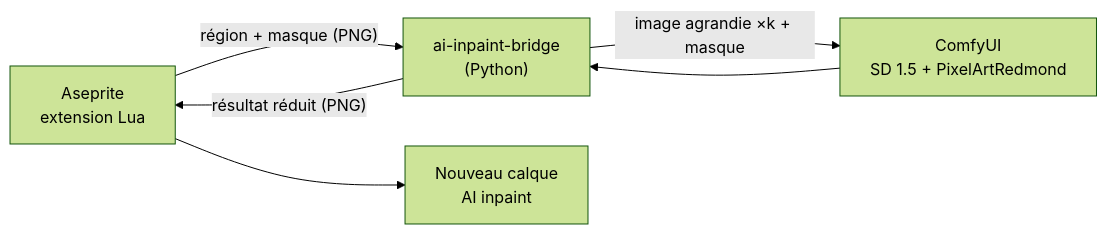
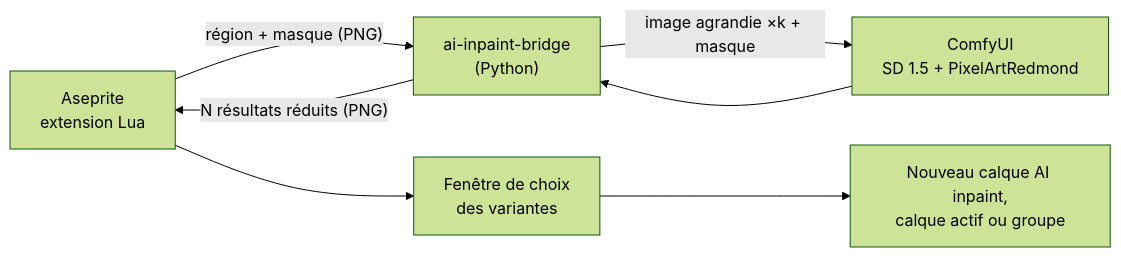
Before and after one commit to Sarcouy/aseprite-ai-plugin: the diagram in README.md, drawn with Mermaid (forest theme). The commit also changed other lines of this file and 9 other files, not shown here.

First line of the commit message:
feat: variantes multiples, fenêtre de choix et sortie dans le calque actif

````diff
--- a/README.md
+++ b/README.md
@@ -9,8 +9,9 @@
 ```mermaid
 flowchart LR
     A["Aseprite<br/>extension Lua"] -->|"région + masque (PNG)"| B["ai-inpaint-bridge<br/>(Python)"]
     B -->|"image agrandie ×k + masque"| C["ComfyUI<br/>SD 1.5 + PixelArtRedmond"]
     C --> B
-    B -->|"résultat réduit (PNG)"| A
-    A --> D["Nouveau calque<br/>AI inpaint"]
+    B -->|"N résultats réduits (PNG)"| A
+    A --> E["Fenêtre de choix<br/>des variantes"]
+    E --> D["Nouveau calque AI inpaint,<br/>calque actif ou groupe"]
 ```
````
